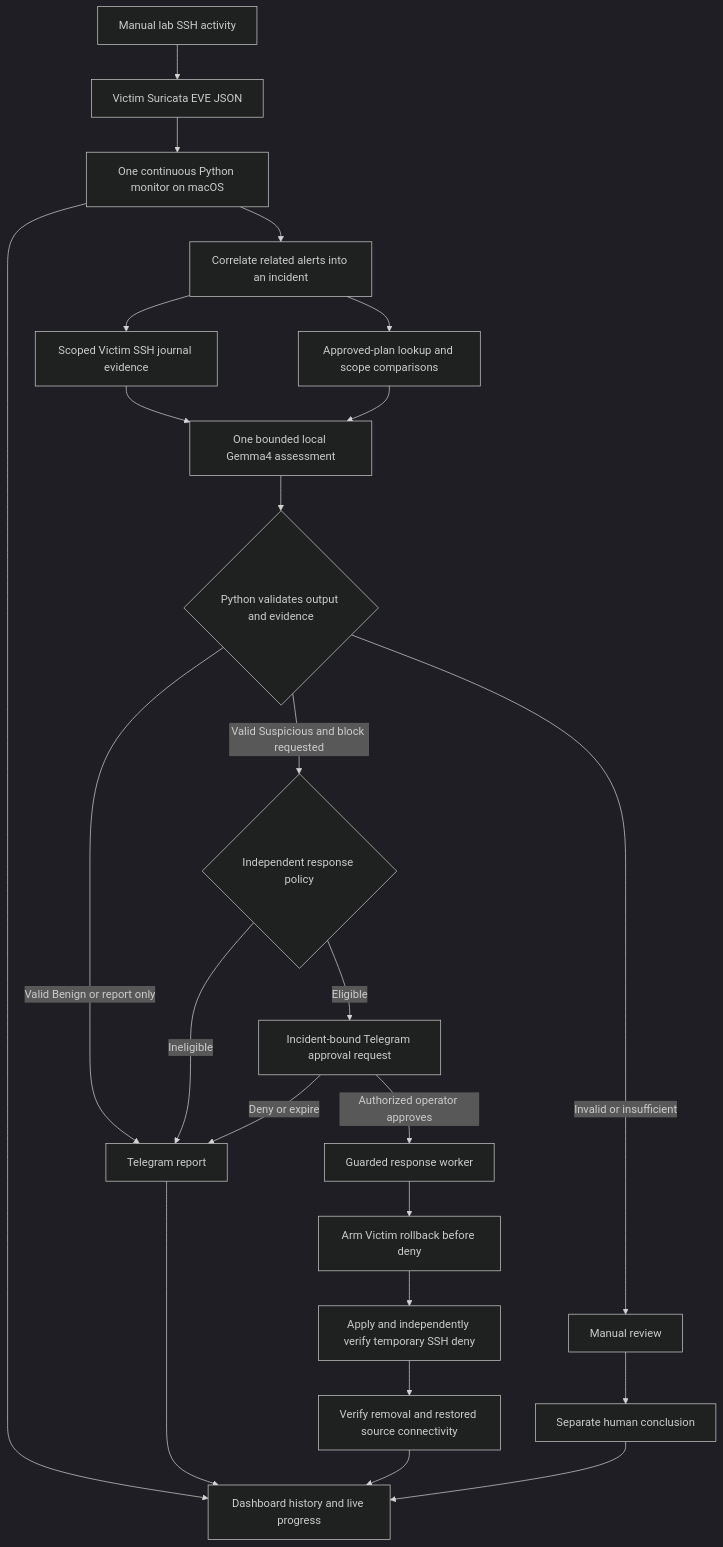
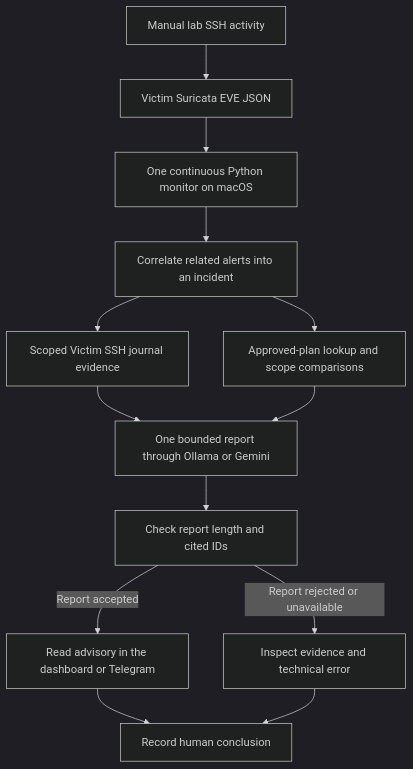
Before and after one commit to mashaojin/soar-investigation-macOS: the first of 2 diagrams in README.md, drawn with Mermaid (dark theme). The commit also changed other lines of this file and 30 other files, not shown here.

Commit message:
Add advisory SSH assessments and Gemini model selection

````diff
--- a/README.md
+++ b/README.md
@@ -31,26 +29,15 @@
 ```mermaid
 flowchart TD
     A[Manual lab SSH activity] --> B[Victim Suricata EVE JSON]
     B --> C[One continuous Python monitor on macOS]
     C --> D[Correlate related alerts into an incident]
     D --> E[Scoped Victim SSH journal evidence]
     D --> F[Approved-plan lookup and scope comparisons]
-    E --> G[One bounded local Gemma4 assessment]
+    E --> G[One bounded report through Ollama or Gemini]
     F --> G
-    G --> H{Python validates output and evidence}
-    H -->|Invalid or insufficient| I[Manual review]
-    H -->|Valid Benign or report only| J[Telegram report]
-    H -->|Valid Suspicious and block requested| K{Independent response policy}
-    K -->|Ineligible| J
-    K -->|Eligible| L[Incident-bound Telegram approval request]
-    L -->|Deny or expire| J
-    L -->|Authorized operator approves| M[Guarded response worker]
-    M --> N[Arm Victim rollback before deny]
-    N --> O[Apply and independently verify temporary SSH deny]
-    O --> P[Verify removal and restored source connectivity]
-    I --> Q[Separate human conclusion]
-    C --> R[Dashboard history and live progress]
-    J --> R
-    P --> R
-    Q --> R
+    G --> H[Check report length and cited IDs]
+    H -->|Report accepted| I[Read advisory in the dashboard or Telegram]
+    H -->|Report rejected or unavailable| J[Inspect evidence and technical error]
+    I --> K[Record human conclusion]
+    J --> K
 ```
````
